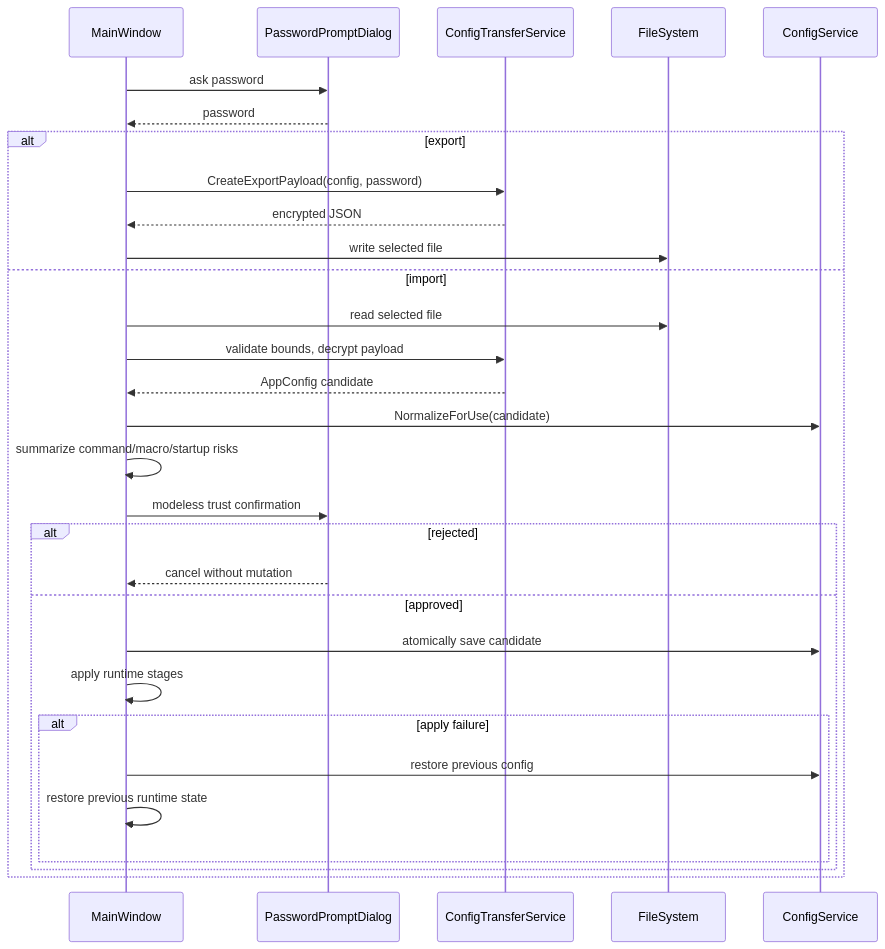
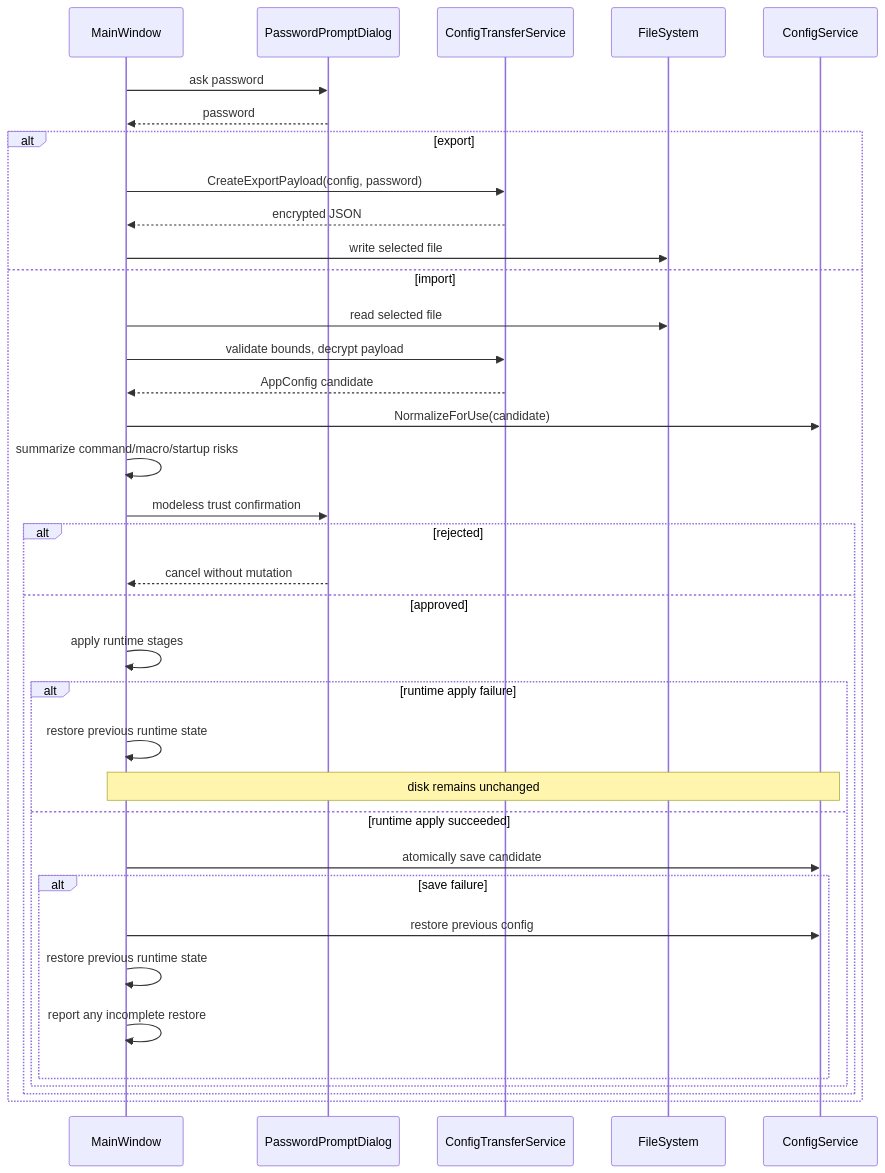
Before and after one commit to ShinjiKawamura255/DropSendTo: diagram 12 of 12 in docs/DETAILED_DESIGN.md, drawn with Mermaid. The commit also changed other lines of this file and 8 other files, not shown here.

````diff
--- a/docs/DETAILED_DESIGN.md
+++ b/docs/DETAILED_DESIGN.md
@@ -666,33 +667,39 @@
 ```mermaid
 sequenceDiagram
   participant MW as MainWindow
   participant PWD as PasswordPromptDialog
   participant CTS as ConfigTransferService
   participant FS as FileSystem
   participant CS as ConfigService
 
   MW->>PWD: ask password
   PWD-->>MW: password
   alt export
     MW->>CTS: CreateExportPayload(config, password)
     CTS-->>MW: encrypted JSON
     MW->>FS: write selected file
   else import
     MW->>FS: read selected file
     MW->>CTS: validate bounds, decrypt payload
     CTS-->>MW: AppConfig candidate
     MW->>CS: NormalizeForUse(candidate)
     MW->>MW: summarize command/macro/startup risks
     MW->>PWD: modeless trust confirmation
     alt rejected
       PWD-->>MW: cancel without mutation
     else approved
-      MW->>CS: atomically save candidate
       MW->>MW: apply runtime stages
-      alt apply failure
-        MW->>CS: restore previous config
+      alt runtime apply failure
         MW->>MW: restore previous runtime state
+        Note over MW,CS: disk remains unchanged
+      else runtime apply succeeded
+        MW->>CS: atomically save candidate
+        alt save failure
+          MW->>CS: restore previous config
+          MW->>MW: restore previous runtime state
+          MW->>MW: report any incomplete restore
+        end
       end
     end
   end
 ```
````
